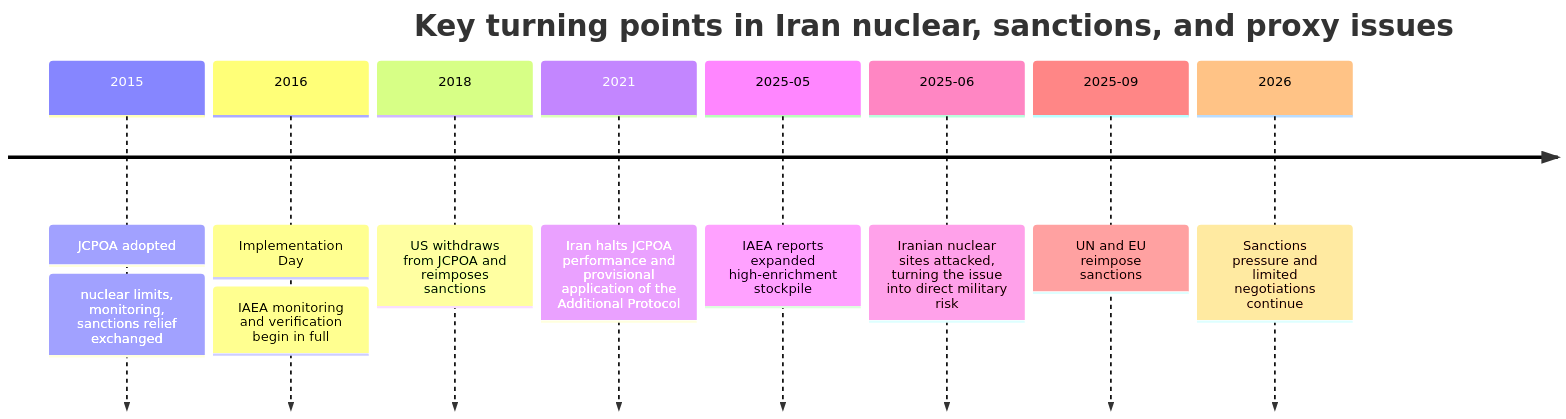
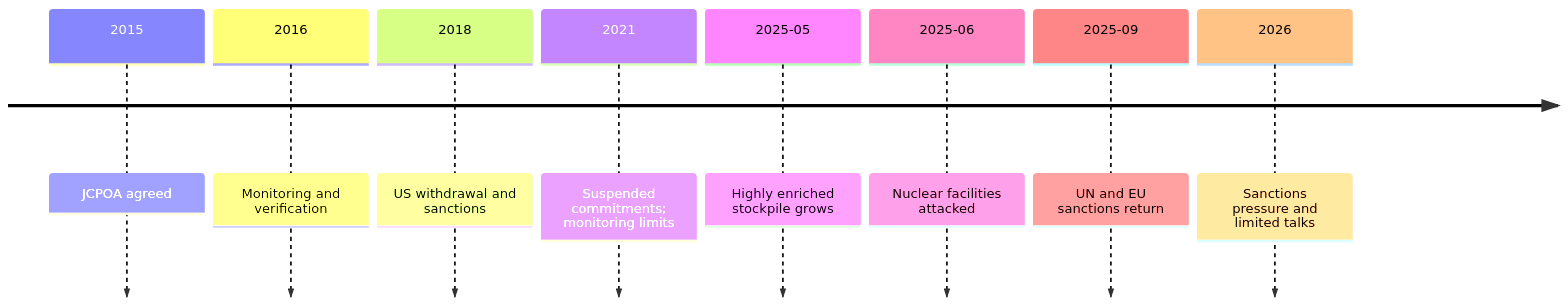
Before and after one commit to daylight55/research: the first of 3 diagrams in articles/report/iran-nuclear-sanctions-proxies/en/index.mdx, drawn with Mermaid. The commit also changed other lines of this file and 181 other files, not shown here.

First line of the commit message:
全記事の図解368点を再生成し、共通注意書きを削除 (#402)

````diff
--- a/articles/report/iran-nuclear-sanctions-proxies/en/index.mdx
+++ b/articles/report/iran-nuclear-sanctions-proxies/en/index.mdx
@@ -34,12 +34,13 @@
 ```mermaid
 timeline
-    title Key turning points in Iran nuclear, sanctions, and proxy issues
-    2015 : JCPOA adopted: nuclear limits, monitoring, sanctions relief exchanged
-    2016 : Implementation Day: IAEA monitoring and verification begin in full
-    2018 : US withdraws from JCPOA and reimposes sanctions
-    2021 : Iran halts JCPOA performance and provisional application of the Additional Protocol
-    2025-05 : IAEA reports expanded high-enrichment stockpile
-    2025-06 : Iranian nuclear sites attacked, turning the issue into direct military risk
-    2025-09 : UN and EU reimpose sanctions
-    2026 : Sanctions pressure and limited negotiations continue
+  accTitle: Iran's nuclear agreement, withdrawal and monitoring changes
+  accDescr: The chronology traces how limits, verification and sanctions relief changed with US withdrawal, suspended commitments, facility attacks and renewed sanctions.
+  2015 : JCPOA agreed
+  2016 : Monitoring and verification
+  2018 : US withdrawal and sanctions
+  2021 : Suspended commitments; monitoring limits
+  2025-05 : Highly enriched stockpile grows
+  2025-06 : Nuclear facilities attacked
+  2025-09 : UN and EU sanctions return
+  2026 : Sanctions pressure and limited talks
 ```
````
